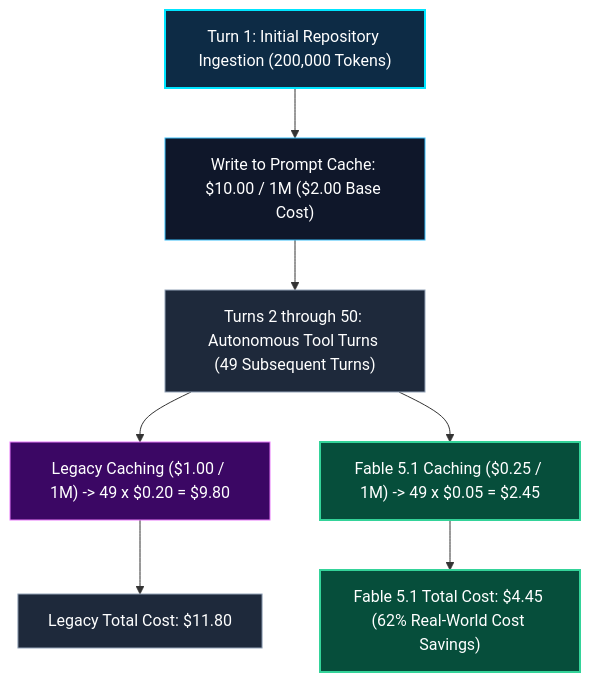
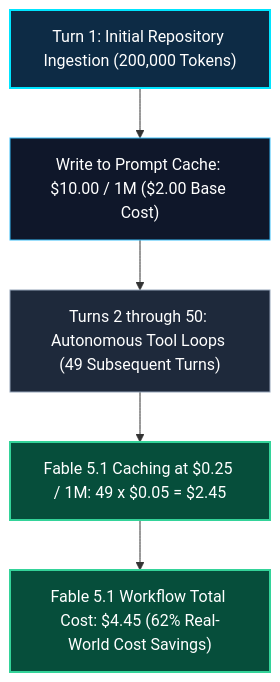
Before and after one commit to narenandu/narenvadapalli_dot_com: the fifth of 5 diagrams in contents/blog/0106-claude-fable-mythos-5-1-dual-frontier-intelligence/index.md, drawn with Mermaid. The commit also changed other lines of this file, not shown here.

Commit message:
style(blog): split branched Mermaid diagrams into strictly vertical top-down sequential blocks in 0106

````diff
--- a/contents/blog/0106-claude-fable-mythos-5-1-dual-frontier-intelligence/index.md
+++ b/contents/blog/0106-claude-fable-mythos-5-1-dual-frontier-intelligence/index.md
@@ -127,20 +144,13 @@
 ```mermaid
 flowchart TD
     T1["Turn 1: Initial Repository Ingestion (200,000 Tokens)"] --> T2["Write to Prompt Cache: $10.00 / 1M ($2.00 Base Cost)"]
-    
-    T2 --> T3["Turns 2 through 50: Autonomous Tool Turns (49 Subsequent Turns)"]
-    
-    T3 --> T4["Legacy Caching ($1.00 / 1M) -> 49 x $0.20 = $9.80"]
-    T3 --> T5["Fable 5.1 Caching ($0.25 / 1M) -> 49 x $0.05 = $2.45"]
-    
-    T4 --> T6["Legacy Total Cost: $11.80"]
-    T5 --> T7["Fable 5.1 Total Cost: $4.45 (62% Real-World Cost Savings)"]
+    T2 --> T3["Turns 2 through 50: Autonomous Tool Loops (49 Subsequent Turns)"]
+    T3 --> T5["Fable 5.1 Caching at $0.25 / 1M: 49 x $0.05 = $2.45"]
+    T5 --> T7["Fable 5.1 Workflow Total Cost: $4.45 (62% Real-World Cost Savings)"]
     
     style T1 fill:#0d2b45,stroke:#00e5ff,stroke-width:2px,color:#ffffff
     style T2 fill:#0f172a,stroke:#38bdf8,stroke-width:1px,color:#ffffff
     style T3 fill:#1e293b,stroke:#94a3b8,stroke-width:1px,color:#ffffff
-    style T4 fill:#3b0764,stroke:#e879f9,stroke-width:1px,color:#ffffff
     style T5 fill:#064e3b,stroke:#34d399,stroke-width:2px,color:#ffffff
-    style T6 fill:#1e293b,stroke:#94a3b8,stroke-width:1px,color:#ffffff
     style T7 fill:#064e3b,stroke:#34d399,stroke-width:2px,color:#ffffff
 ```
````
